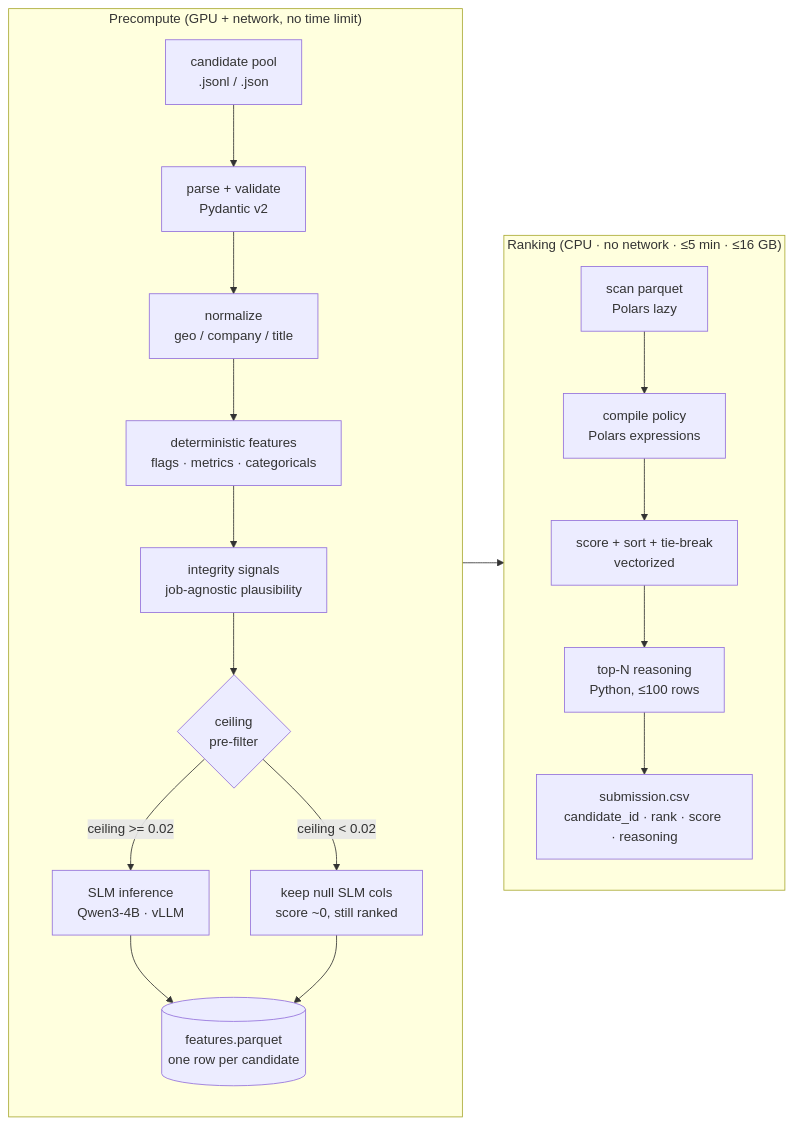
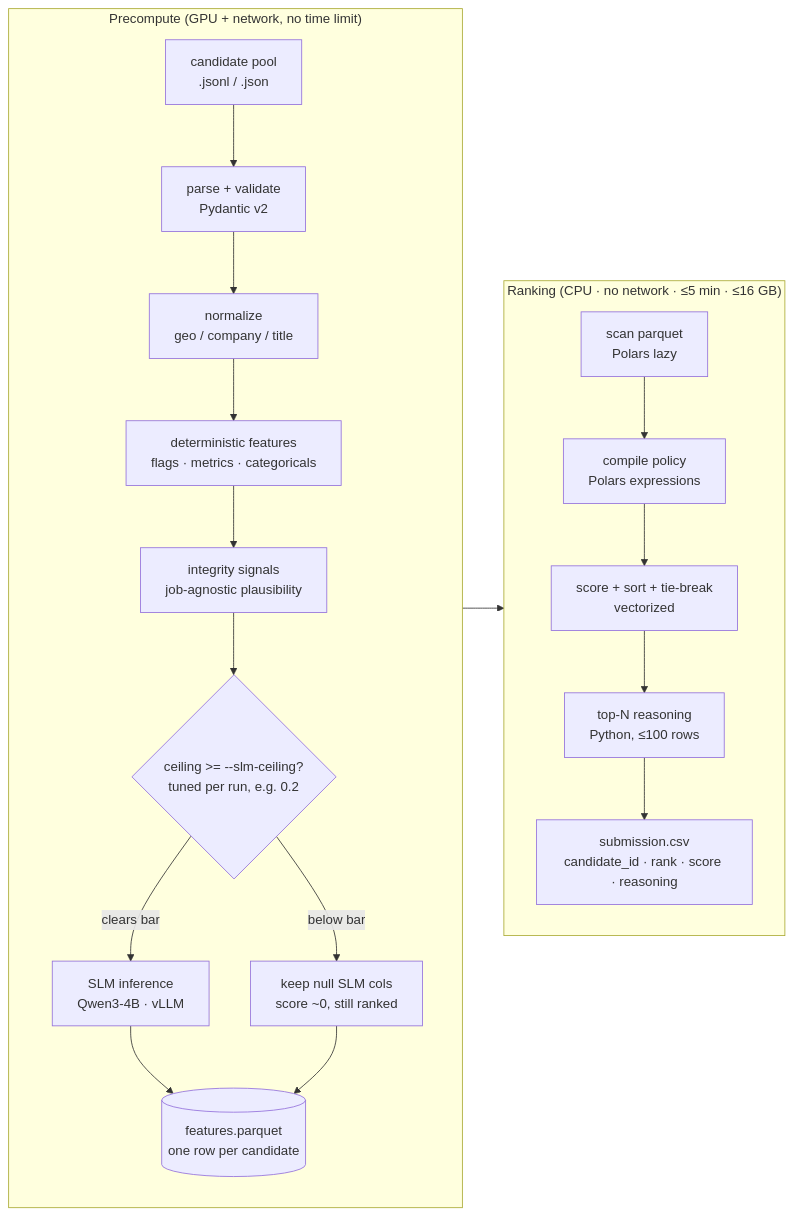
The first of 6 diagrams in docs/architecture.md (ankitkr-04/candidate-ranker-v2), drawn with Mermaid before and after one commit. The commit also changed other lines of this file and 2 other files, not shown here.

Commit message:
Enhance documentation for precompute and ranking stages, clarifying SLM ceiling tuning and its impact on candidate selection

````diff
--- a/docs/architecture.md
+++ b/docs/architecture.md
@@ -11,24 +11,24 @@
 ```mermaid
 flowchart LR
     subgraph PRECOMPUTE["Precompute (GPU + network, no time limit)"]
         direction TB
         A[candidate pool\n.jsonl / .json] --> B[parse + validate\nPydantic v2]
         B --> C[normalize\ngeo / company / title]
         C --> D[deterministic features\nflags · metrics · categoricals]
         D --> E[integrity signals\njob-agnostic plausibility]
-        E --> F{ceiling\npre-filter}
-        F -->|ceiling >= 0.02| G[SLM inference\nQwen3-4B · vLLM]
-        F -->|ceiling < 0.02| H[keep null SLM cols\nscore ~0, still ranked]
+        E --> F{ceiling >= --slm-ceiling?\ntuned per run, e.g. 0.2}
+        F -->|clears bar| G[SLM inference\nQwen3-4B · vLLM]
+        F -->|below bar| H[keep null SLM cols\nscore ~0, still ranked]
         G --> I[(features.parquet\none row per candidate)]
         H --> I
     end
 
     subgraph RANKING["Ranking (CPU · no network · ≤5 min · ≤16 GB)"]
         direction TB
         I --> J[scan parquet\nPolars lazy]
         J --> K[compile policy\nPolars expressions]
         K --> L[score + sort + tie-break\nvectorized]
         L --> M[top-N reasoning\nPython, ≤100 rows]
         M --> N[submission.csv\ncandidate_id · rank · score · reasoning]
     end
 ```
````
